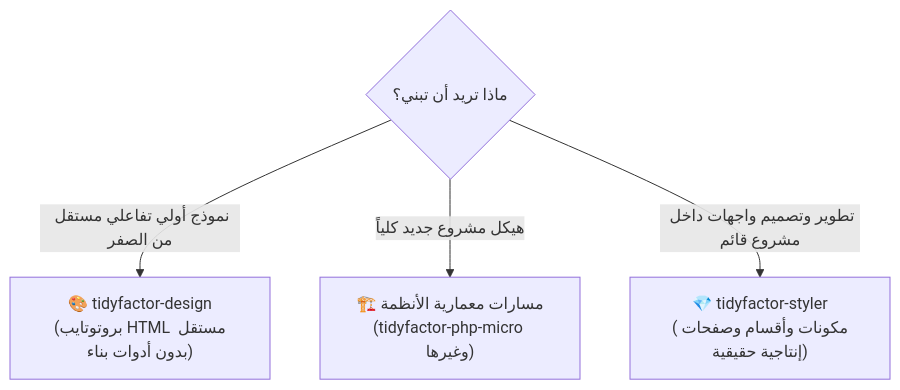
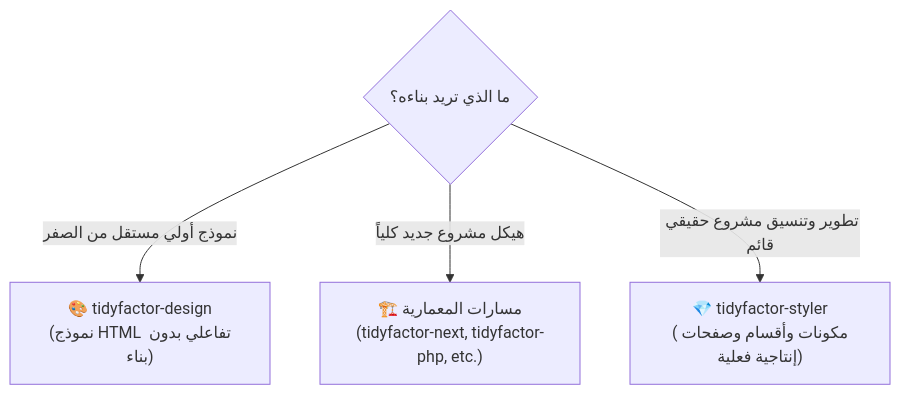
Before and after one commit to TidyFactor/Styler: the first of 2 diagrams in README.ar.md, drawn with Mermaid. The commit also changed other lines of this file and 14 other files, not shown here.

Commit message:
feat(assets): enhance GitHub social card, demo graphics, and community README documentation

````diff
--- a/README.ar.md
+++ b/README.ar.md
@@ -27,7 +87,7 @@
 ```mermaid
 graph TD
-    Intent{"ماذا تريد أن تبني؟"}
-    Intent -->|"نموذج أولي تفاعلي مستقل من الصفر"| D["🎨 tidyfactor-design<br/>(بروتوتايب HTML مستقل بدون أدوات بناء)"]
-    Intent -->|"هيكل مشروع جديد كلياً"| S["🏗️ مسارات معمارية الأنظمة<br/>(tidyfactor-php-micro وغيرها)"]
-    Intent -->|"تطوير وتصميم واجهات داخل مشروع قائم"| ST["💎 tidyfactor-styler<br/>(مكونات وأقسام وصفحات إنتاجية حقيقية)"]
+    Intent{"ما الذي تريد بناءه؟"}
+    Intent -->|"نموذج أولي مستقل من الصفر"| D["🎨 tidyfactor-design<br/>(نموذج HTML تفاعلي بدون بناء)"]
+    Intent -->|"هيكل مشروع جديد كلياً"| S["🏗️ مسارات المعمارية<br/>(tidyfactor-next, tidyfactor-php, etc.)"]
+    Intent -->|"تطوير وتنسيق مشروع حقيقي قائم"| ST["💎 tidyfactor-styler<br/>(مكونات وأقسام وصفحات إنتاجية فعلية)"]
 ```
````
